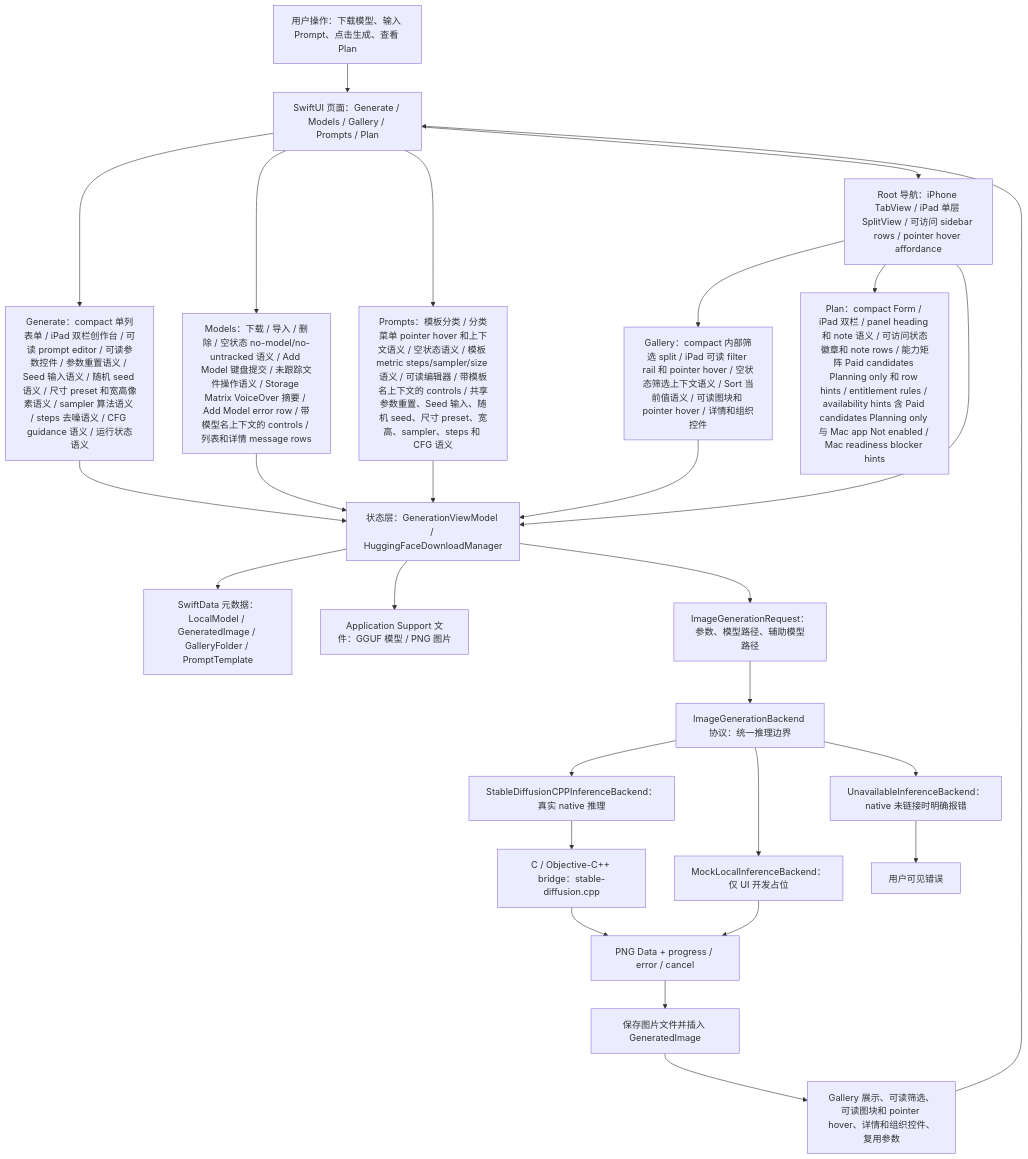
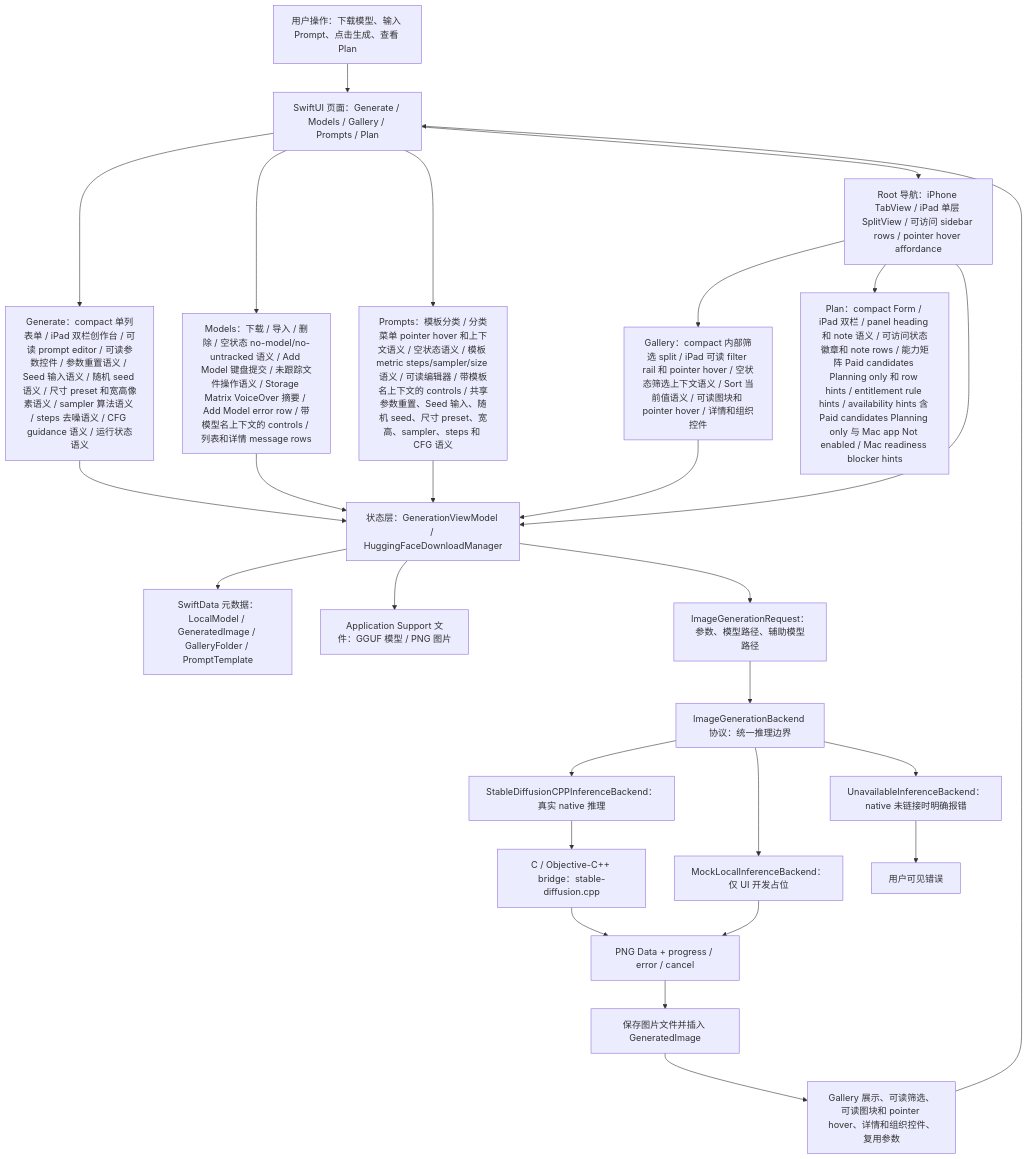
One commit to Altman-sam114/118 changed the first of 7 diagrams in md/flow/flowchart.md. Above: the diagram before and after it, drawn with Mermaid. The commit also changed 5 other files, not shown here.

First line of the commit message:
v1.56: Plan entitlement accessibility

````diff
--- a/md/flow/flowchart.md
+++ b/md/flow/flowchart.md
@@ -9,29 +9,29 @@
 ```mermaid
 flowchart TD
   U["用户操作：下载模型、输入 Prompt、点击生成、查看 Plan"] --> UI["SwiftUI 页面：Generate / Models / Gallery / Prompts / Plan"]
   UI --> GENUI["Generate：compact 单列表单 / iPad 双栏创作台 / 可读 prompt editor / 可读参数控件 / 参数重置语义 / Seed 输入语义 / 随机 seed 语义 / 尺寸 preset 和宽高像素语义 / sampler 算法语义 / steps 去噪语义 / CFG guidance 语义 / 运行状态语义"]
   UI --> MODELUI["Models：下载 / 导入 / 删除 / 空状态 no-model/no-untracked 语义 / Add Model 键盘提交 / 未跟踪文件操作语义 / Storage Matrix VoiceOver 摘要 / Add Model error row / 带模型名上下文的 controls / 列表和详情 message rows"]
   UI --> PROMPTUI["Prompts：模板分类 / 分类菜单 pointer hover 和上下文语义 / 空状态语义 / 模板 metric steps/sampler/size 语义 / 可读编辑器 / 带模板名上下文的 controls / 共享参数重置、Seed 输入、随机 seed、尺寸 preset、宽高、sampler、steps 和 CFG 语义"]
   UI --> NAV["Root 导航：iPhone TabView / iPad 单层 SplitView / 可访问 sidebar rows / pointer hover affordance"]
   NAV --> GALUI["Gallery：compact 内部筛选 split / iPad 可读 filter rail 和 pointer hover / 空状态筛选上下文语义 / Sort 当前值语义 / 可读图块和 pointer hover / 详情和组织控件"]
-  NAV --> PLANUI["Plan：compact Form / iPad 双栏 / panel heading 和 note 语义 / 可访问状态徽章和 note rows / 能力矩阵 Paid candidates Planning only 和 row hints / entitlement rules / availability hints 含 Paid candidates Planning only 与 Mac app Not enabled / Mac readiness blocker hints"]
+  NAV --> PLANUI["Plan：compact Form / iPad 双栏 / panel heading 和 note 语义 / 可访问状态徽章和 note rows / 能力矩阵 Paid candidates Planning only 和 row hints / entitlement rule hints / availability hints 含 Paid candidates Planning only 与 Mac app Not enabled / Mac readiness blocker hints"]
   NAV --> VM["状态层：GenerationViewModel / HuggingFaceDownloadManager"]
   GENUI --> VM
   MODELUI --> VM
   PROMPTUI --> VM
   GALUI --> VM
   VM --> SD["SwiftData 元数据：LocalModel / GeneratedImage / GalleryFolder / PromptTemplate"]
   VM --> FS["Application Support 文件：GGUF 模型 / PNG 图片"]
   VM --> REQ["ImageGenerationRequest：参数、模型路径、辅助模型路径"]
   REQ --> IFACE["ImageGenerationBackend 协议：统一推理边界"]
   IFACE --> NATIVE["StableDiffusionCPPInferenceBackend：真实 native 推理"]
   IFACE --> MOCK["MockLocalInferenceBackend：仅 UI 开发占位"]
   IFACE --> OFF["UnavailableInferenceBackend：native 未链接时明确报错"]
   NATIVE --> BRIDGE["C / Objective-C++ bridge：stable-diffusion.cpp"]
   BRIDGE --> PNG["PNG Data + progress / error / cancel"]
   MOCK --> PNG
   OFF --> ERR["用户可见错误"]
   PNG --> SAVE["保存图片文件并插入 GeneratedImage"]
   SAVE --> GALLERY["Gallery 展示、可读筛选、可读图块和 pointer hover、详情和组织控件、复用参数"]
   GALLERY --> UI
 ```
````
